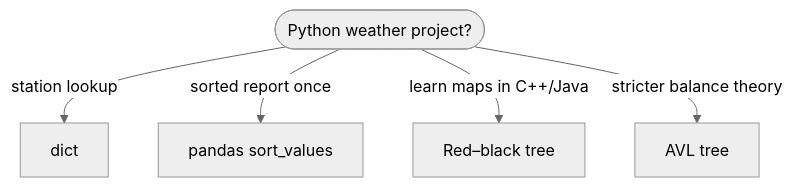
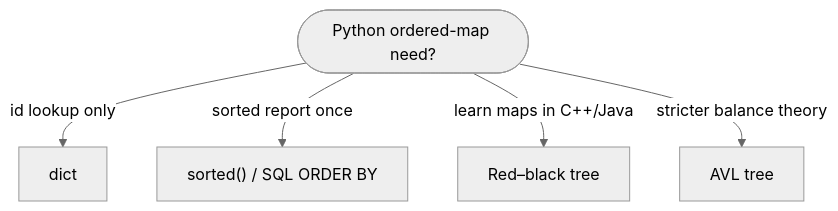
Before and after one commit to qgjones9/python-programming-guide: the fifth of 5 diagrams in docs/dsa/data-structures/red-black-tree/index.md, drawn with Mermaid (neutral theme). The commit also changed other lines of this file and 31 other files, not shown here.

````diff
--- a/docs/dsa/data-structures/red-black-tree/index.md
+++ b/docs/dsa/data-structures/red-black-tree/index.md
@@ -451,8 +451,8 @@
 ```mermaid
 flowchart TD
-  Q([Python weather project?])
-  Q -->|station lookup| D["dict"]
-  Q -->|sorted report once| P["pandas sort_values"]
-  Q -->|learn maps in C++/Java| station["Red–black tree"]
-  Q -->|stricter balance theory| AVL["AVL tree"]
+ Q([Python ordered-map need?])
+ Q -->|id lookup only| D["dict"]
+ Q -->|sorted report once| P["sorted() / SQL ORDER BY"]
+ Q -->|learn maps in C++/Java| RB["Red–black tree"]
+ Q -->|stricter balance theory| AVL["AVL tree"]
 ```
````
